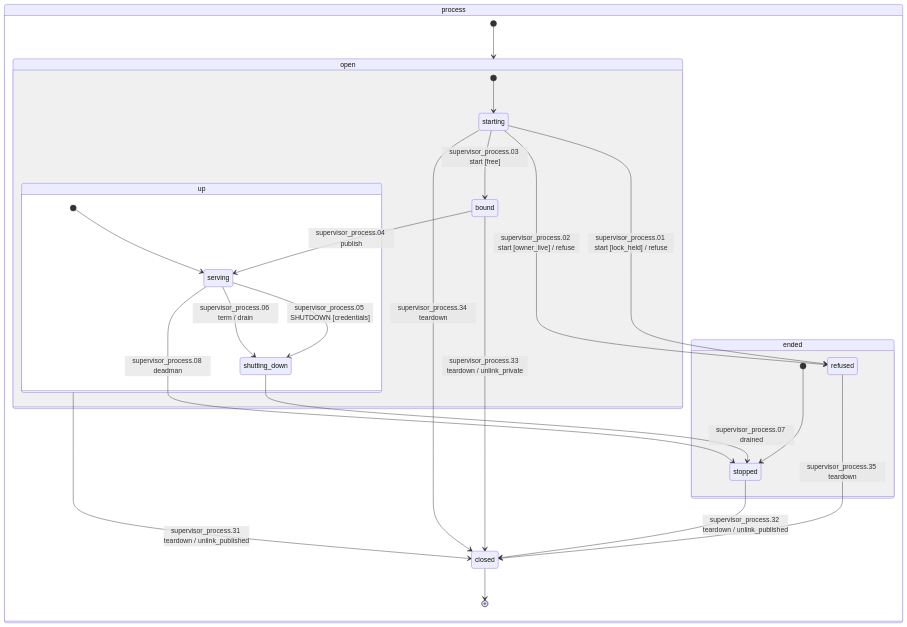
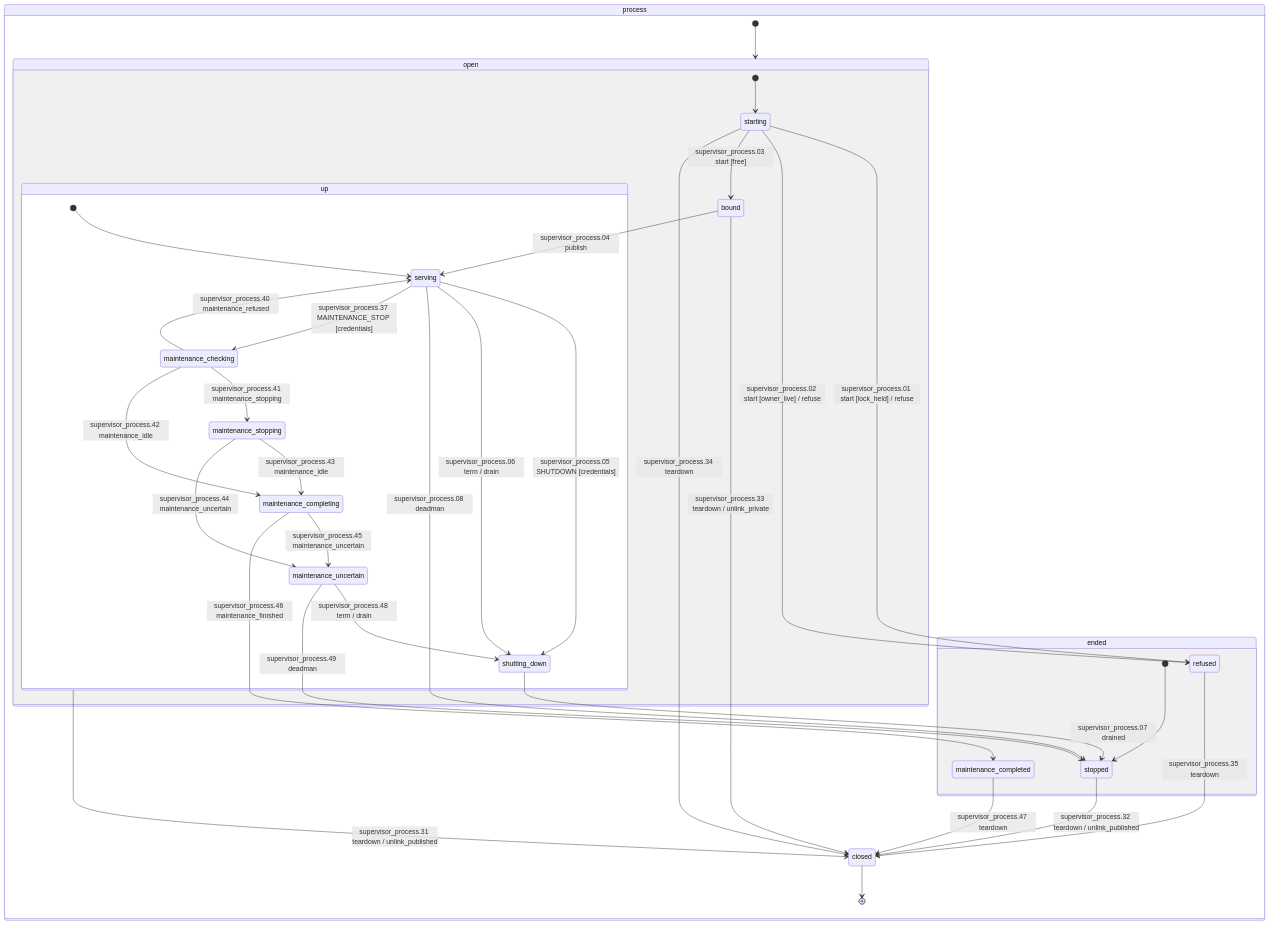
The sixth of 13 diagrams in docs/state-machines.md (mrbald/dsl41), drawn with Mermaid before and after one commit. The commit also changed other lines of this file and 57 other files, not shown here.

First line of the commit message:
Prepare offline runtimes and guard supervisor maintenance

````diff
--- a/docs/state-machines.md
+++ b/docs/state-machines.md
@@ -722,40 +722,56 @@
 ```mermaid
 stateDiagram-v2
-    state "process" as s4
-    state s4 {
-        [*] --> s3
-        state "open" as s3
-        state s3 {
-            [*] --> s8
-            state "starting" as s8
+    state "process" as s9
+    state s9 {
+        [*] --> s8
+        state "open" as s8
+        state s8 {
+            [*] --> s13
+            state "starting" as s13
             state "bound" as s0
-            state "up" as s10
-            state s10 {
-                [*] --> s6
-                state "serving" as s6
-                state "shutting_down" as s7
+            state "up" as s15
+            state s15 {
+                [*] --> s11
+                state "serving" as s11
+                state "shutting_down" as s12
+                state "maintenance_checking" as s3
+                state "maintenance_stopping" as s6
+                state "maintenance_uncertain" as s7
+                state "maintenance_completing" as s5
             }
         }
         state "ended" as s2
         state s2 {
-            [*] --> s9
-            state "stopped" as s9
-            state "refused" as s5
+            [*] --> s14
+            state "stopped" as s14
+            state "refused" as s10
+            state "maintenance_completed" as s4
         }
         state "closed" as s1
         s1 --> [*]
     }
-    s8 --> s5 : supervisor_process.01 start [lock_held] / refuse
-    s8 --> s5 : supervisor_process.02 start [owner_live] / refuse
-    s8 --> s0 : supervisor_process.03 start [free]
-    s0 --> s6 : supervisor_process.04 publish
-    s6 --> s7 : supervisor_process.05 SHUTDOWN [credentials]
-    s6 --> s7 : supervisor_process.06 term / drain
-    s7 --> s9 : supervisor_process.07 drained
-    s6 --> s9 : supervisor_process.08 deadman
-    s10 --> s1 : supervisor_process.31 teardown / unlink_published
-    s9 --> s1 : supervisor_process.32 teardown / unlink_published
+    s13 --> s10 : supervisor_process.01 start [lock_held] / refuse
+    s13 --> s10 : supervisor_process.02 start [owner_live] / refuse
+    s13 --> s0 : supervisor_process.03 start [free]
+    s0 --> s11 : supervisor_process.04 publish
+    s11 --> s12 : supervisor_process.05 SHUTDOWN [credentials]
+    s11 --> s12 : supervisor_process.06 term / drain
+    s12 --> s14 : supervisor_process.07 drained
+    s11 --> s14 : supervisor_process.08 deadman
+    s15 --> s1 : supervisor_process.31 teardown / unlink_published
+    s14 --> s1 : supervisor_process.32 teardown / unlink_published
     s0 --> s1 : supervisor_process.33 teardown / unlink_private
-    s8 --> s1 : supervisor_process.34 teardown
-    s5 --> s1 : supervisor_process.35 teardown
+    s13 --> s1 : supervisor_process.34 teardown
+    s10 --> s1 : supervisor_process.35 teardown
+    s11 --> s3 : supervisor_process.37 MAINTENANCE_STOP [credentials]
+    s3 --> s11 : supervisor_process.40 maintenance_refused
+    s3 --> s6 : supervisor_process.41 maintenance_stopping
+    s3 --> s5 : supervisor_process.42 maintenance_idle
+    s6 --> s5 : supervisor_process.43 maintenance_idle
+    s6 --> s7 : supervisor_process.44 maintenance_uncertain
+    s5 --> s7 : supervisor_process.45 maintenance_uncertain
+    s5 --> s4 : supervisor_process.46 maintenance_finished
+    s4 --> s1 : supervisor_process.47 teardown
+    s7 --> s12 : supervisor_process.48 term / drain
+    s7 --> s14 : supervisor_process.49 deadman
 ```
````
